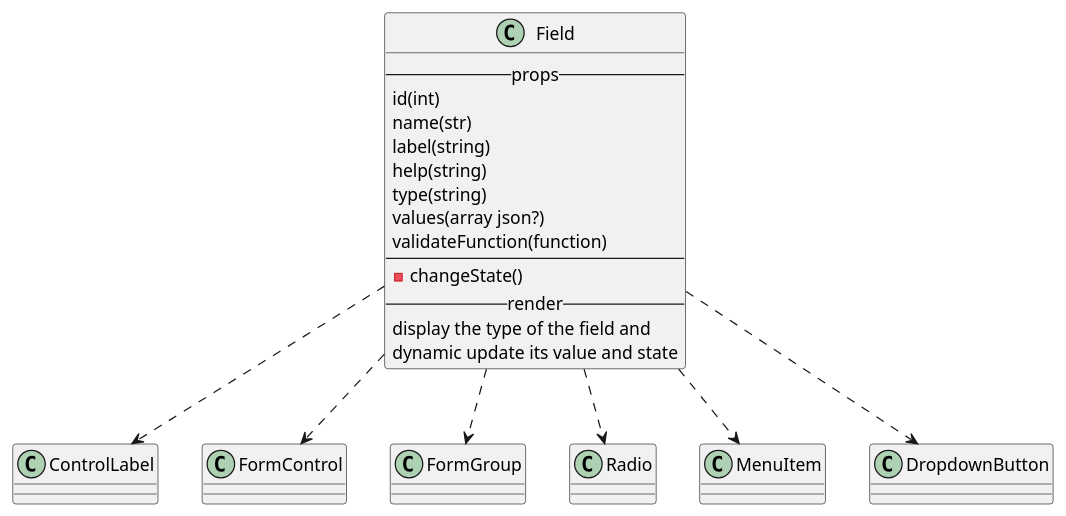
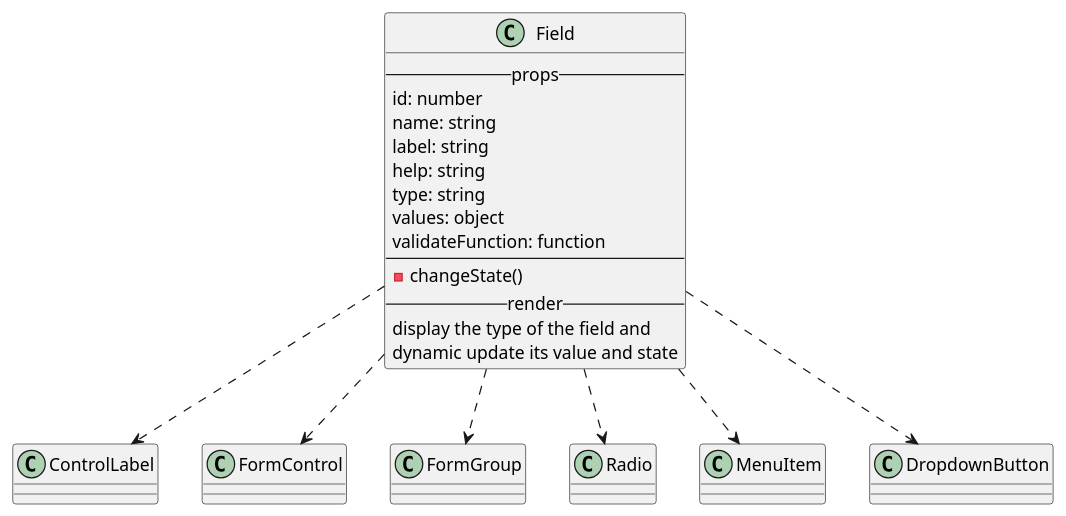
The diagram in react/custom/field.iuml (M9k/Marvin-Uml), drawn with PlantUML before and after one commit. The commit also changed 15 other files, not shown here.

```diff
--- a/react/custom/field.iuml
+++ b/react/custom/field.iuml
@@ -1,21 +1,21 @@
 class Field{
     --props--
-        id(int)
-        name(str)
-        label(string)
-        help(string)
-        type(string)
-        values(array json?)
-        validateFunction(function)
+        id: number
+        name: string
+        label: string
+        help: string
+        type: string
+        values: object
+        validateFunction: function
     ----
         - changeState()
     --render--
         display the type of the field and
         dynamic update its value and state
 }
 Field ..> ControlLabel
 Field ..> FormControl
 Field ..> FormGroup
 Field ..> Radio
 Field ..> MenuItem
 Field ..> DropdownButton
```
